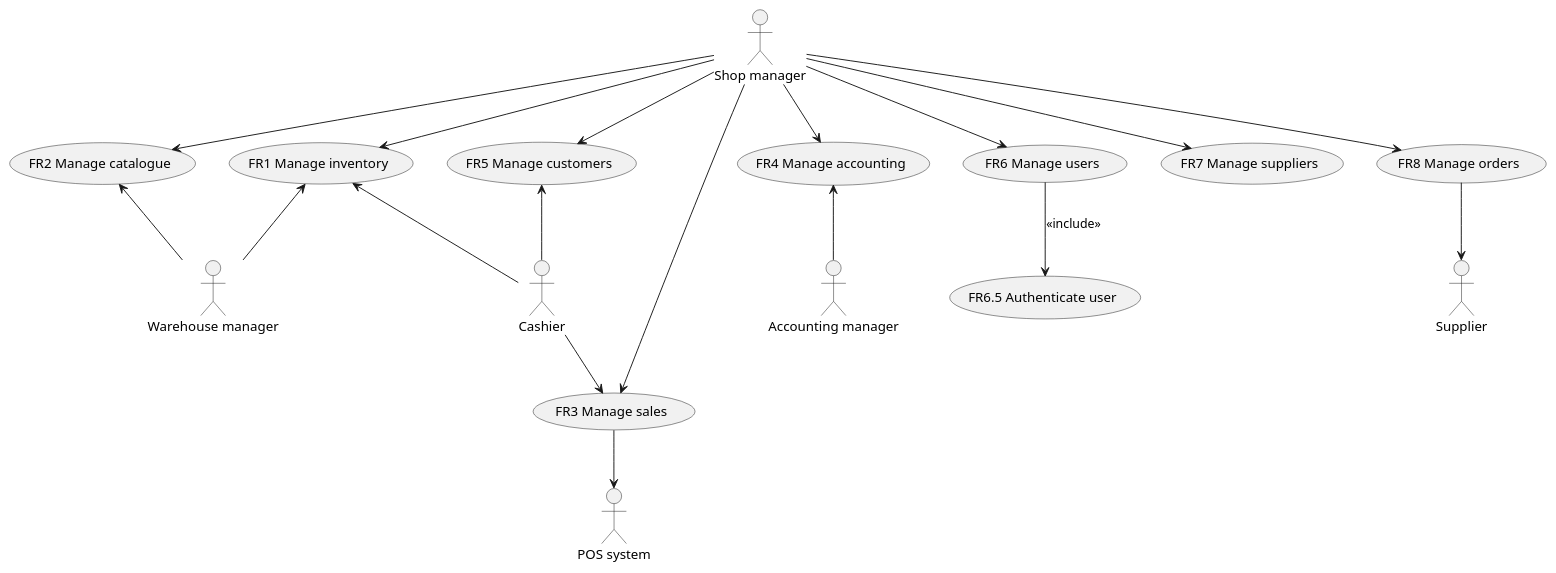
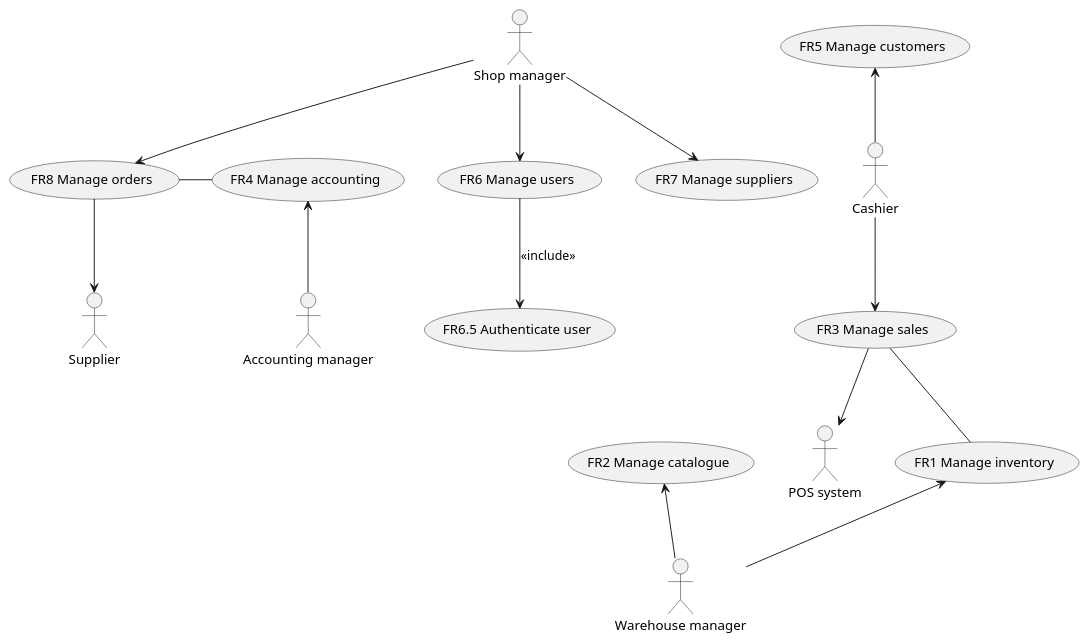
One commit to BMike10/EzShop changed the second of 3 diagrams in Deliverables/RequirementsDocument.md. Above: the diagram before and after it, drawn with PlantUML. The commit also changed other lines of this file and 2 other files, not shown here.

Commit message:
doc: added usecase 1

```diff
--- a/Deliverables/RequirementsDocument.md
+++ b/Deliverables/RequirementsDocument.md
@@ -218,44 +217,46 @@
-	@startuml usecase diagram
+	@startuml usecase_diagram
 		' actors
 		actor :Shop manager: as sm
 		actor :Cashier: as cr
 		actor :Accounting manager: as am
 		actor :Warehouse manager: as wm
 		actor :Supplier: as s
 		actor :POS system: as ccs
 		' use cases
 		usecase "FR1 Manage inventory" as mi
 		usecase "FR2 Manage catalogue" as mca
 		usecase "FR3 Manage sales" as ms
 		usecase "FR4 Manage accounting" as ma
 		usecase "FR5 Manage customers" as mc
 		usecase "FR6 Manage users" as mu
 		usecase "FR7 Manage suppliers" as msu
 		usecase "FR8 Manage orders" as mo
 		usecase "FR6.5 Authenticate user" as mua		
 
 		' associations
 		mu --> mua: <<include>>
+		ms -- mi
+		mo - ma
 		' shop manager 
 		sm --> mu
-		sm --> ma
-		sm --> mi
-		sm --> mc
-		sm --> ms
+		' sm --> ma
+		' sm --> mi
+		' sm --> mc
+		' sm --> ms
 		sm --> msu
 		sm --> mo
-		sm --> mca
+		' sm --> mca
 		' accounting manager
 		ma <-- am
 		' cashier
-		mi <-- cr
+		' mi <-- cr
 		cr --> ms
 		mc <-- cr
 		' POS system
 		ms --> ccs
 		' warehouse manager
 		mi <-- wm
 		mca <-- wm
 		' supplier 
 		mo --> s
 	@enduml
```
